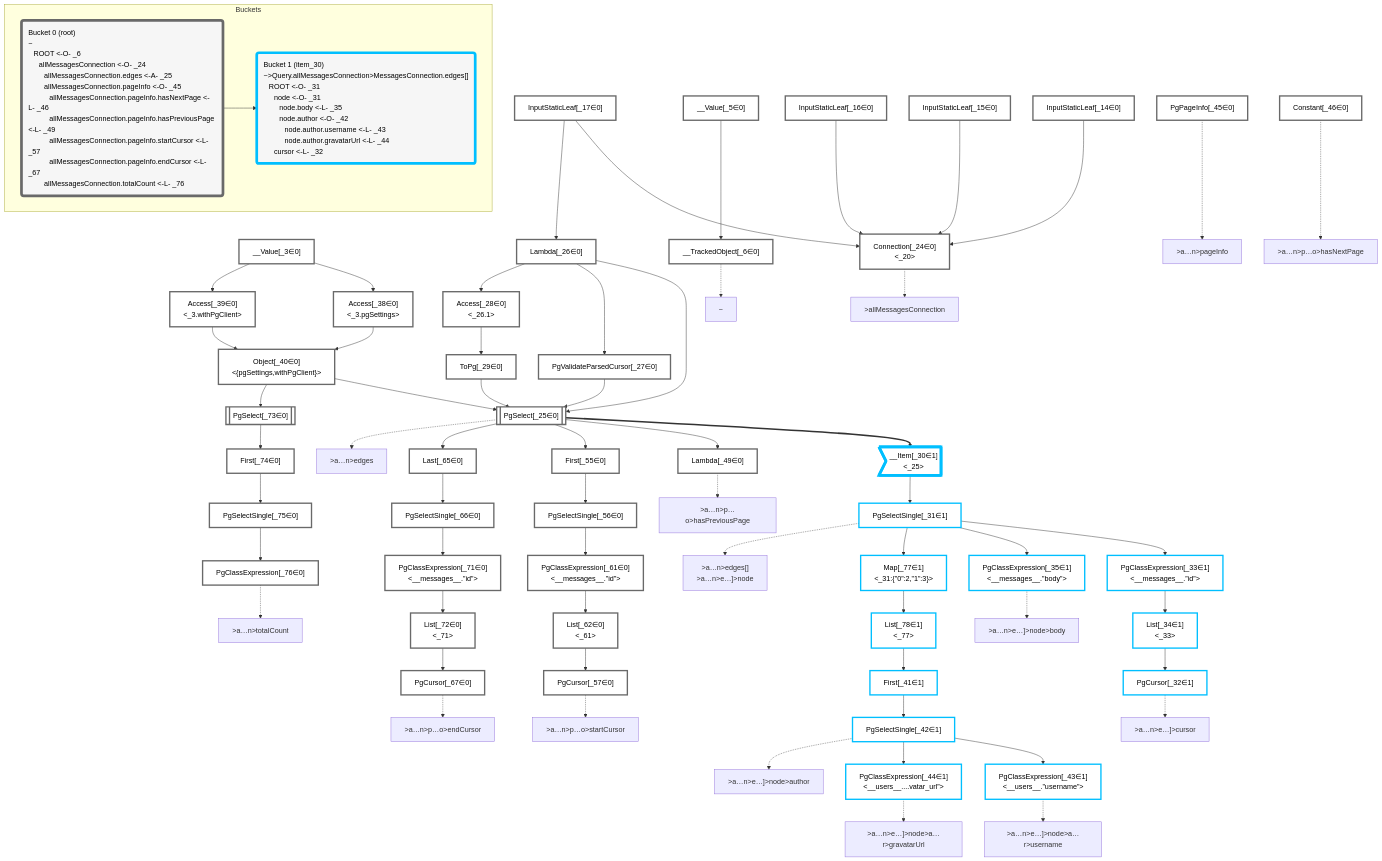
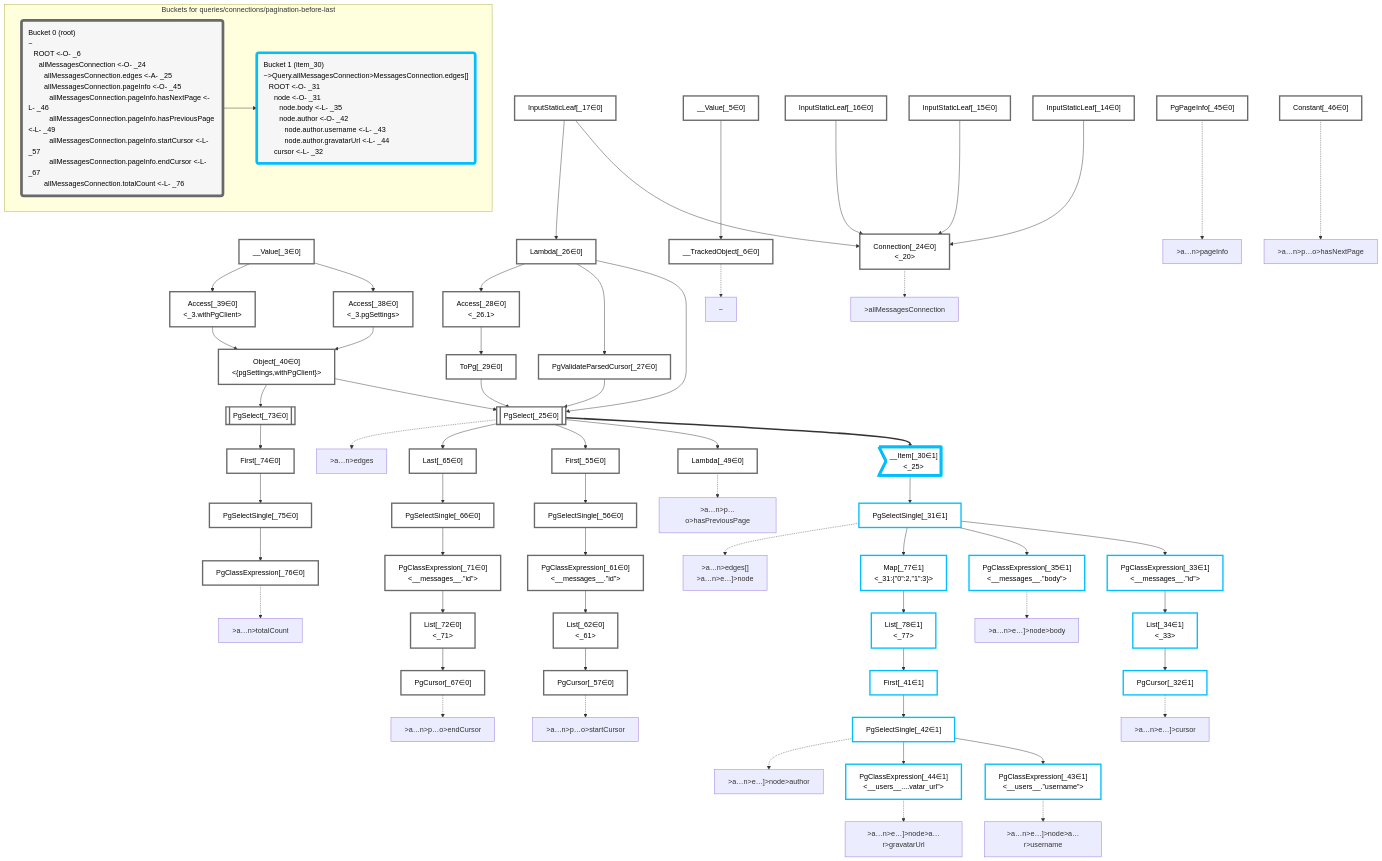
Before and after one commit to graphile/crystal: the diagram in packages/dataplan-pg/__tests__/queries/connections/pagination-before-last.mermaid.md, drawn with Mermaid. The commit also changed 195 other files, not shown here.

```diff
--- a/packages/dataplan-pg/__tests__/queries/connections/pagination-before-last.mermaid.md
+++ b/packages/dataplan-pg/__tests__/queries/connections/pagination-before-last.mermaid.md
@@ -138,7 +138,7 @@
     classDef bucket1 stroke:#00bfff
     class __Item_30,PgSelectSingle_31,PgCursor_32,PgClassExpression_33,List_34,PgClassExpression_35,First_41,PgSelectSingle_42,PgClassExpression_43,PgClassExpression_44,Map_77,List_78 bucket1
 
-    subgraph Buckets
+    subgraph "Buckets for queries/connections/pagination-before-last"
     Bucket0("Bucket 0 (root)<br />~<br />⠀ROOT <-O- _6<br />⠀⠀allMessagesConnection <-O- _24<br />⠀⠀⠀allMessagesConnection.edges <-A- _25<br />⠀⠀⠀allMessagesConnection.pageInfo <-O- _45<br />⠀⠀⠀⠀allMessagesConnection.pageInfo.hasNextPage <-L- _46<br />⠀⠀⠀⠀allMessagesConnection.pageInfo.hasPreviousPage <-L- _49<br />⠀⠀⠀⠀allMessagesConnection.pageInfo.startCursor <-L- _57<br />⠀⠀⠀⠀allMessagesConnection.pageInfo.endCursor <-L- _67<br />⠀⠀⠀allMessagesConnection.totalCount <-L- _76"):::bucket
     style Bucket0 stroke:#696969
     Bucket1("Bucket 1 (item_30)<br />~>Query.allMessagesConnection>MessagesConnection.edges[]<br />⠀ROOT <-O- _31<br />⠀⠀node <-O- _31<br />⠀⠀⠀node.body <-L- _35<br />⠀⠀⠀node.author <-O- _42<br />⠀⠀⠀⠀node.author.username <-L- _43<br />⠀⠀⠀⠀node.author.gravatarUrl <-L- _44<br />⠀⠀cursor <-L- _32"):::bucket
```
